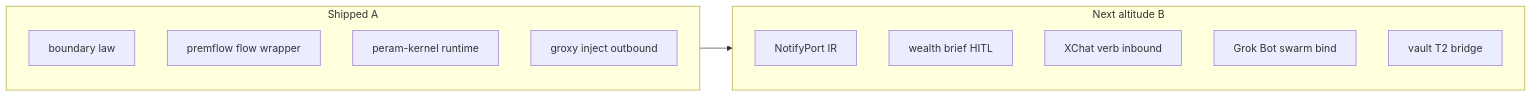
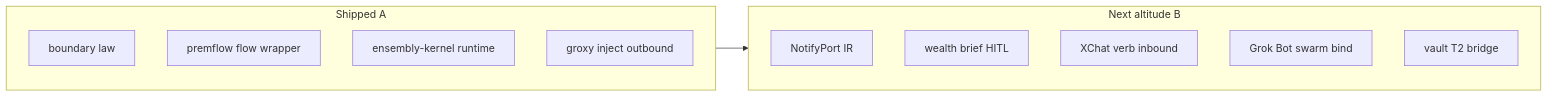
The second of 11 diagrams in prototype/docs/arch-design/hub-constellation.md (thecuriousts/ensembly), drawn with Mermaid before and after one commit. The commit also changed other lines of this file and 81 other files, not shown here.

First line of the commit message:
rename: peram-* → ensembly-* crates + fresh path defaults (#13)

````diff
--- a/prototype/docs/arch-design/hub-constellation.md
+++ b/prototype/docs/arch-design/hub-constellation.md
@@ -73,17 +73,17 @@
 ```mermaid
 flowchart LR
   subgraph shipped["Shipped A"]
     Bound[boundary law]
     Flow[premflow flow wrapper]
-    Runtime[peram-kernel runtime]
+    Runtime[ensembly-kernel runtime]
     Groxy[groxy inject outbound]
   end
   subgraph open["Next altitude B"]
     NP[NotifyPort IR]
     Wealth[wealth brief HITL]
     In[XChat verb inbound]
     Bots[Grok Bot swarm bind]
     T2[vault T2 bridge]
   end
   shipped --> open
 ```
````
